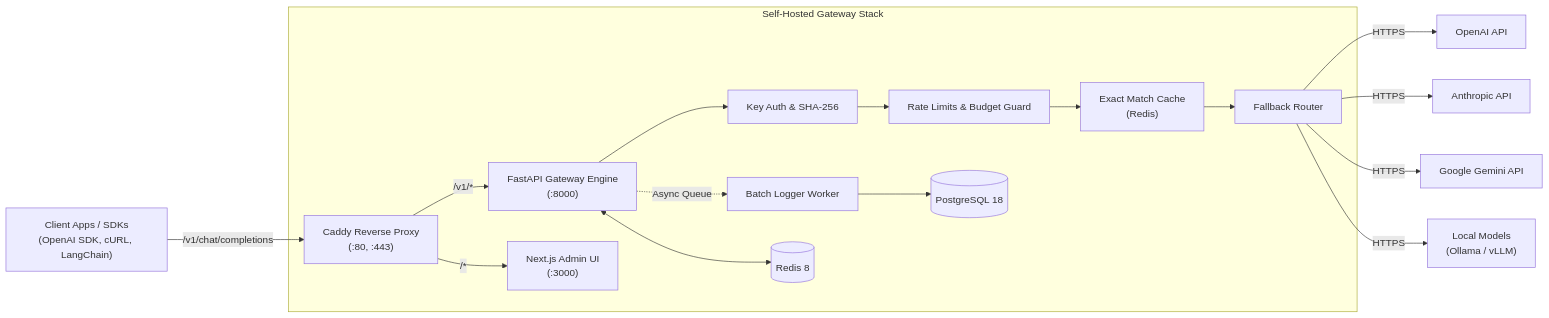
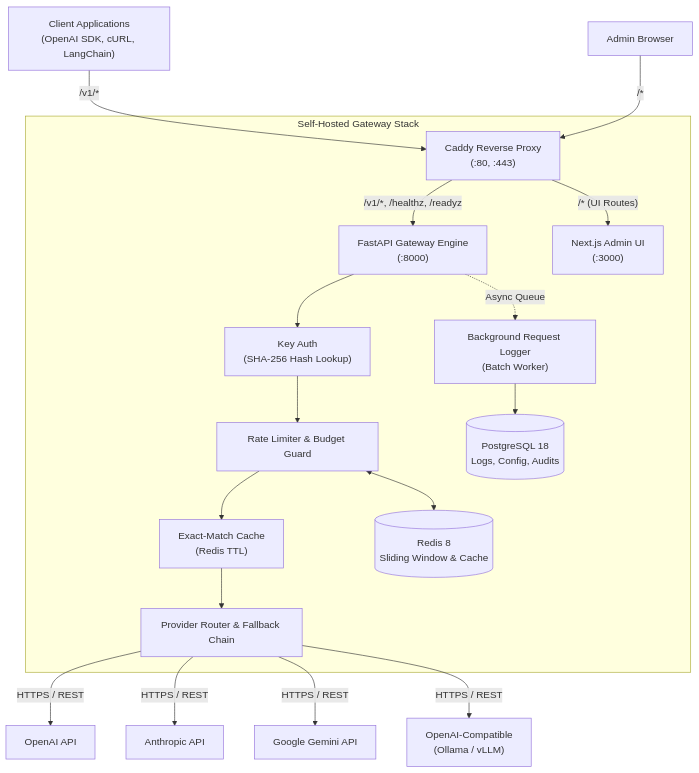
The first of 2 diagrams in README.md (varunahuja70/LLM-Gateway), drawn with Mermaid before and after one commit. The commit also changed other lines of this file, not shown here.

````diff
--- a/README.md
+++ b/README.md
@@ -15,23 +38,24 @@
 ```mermaid
-flowchart LR
-    Client["Client Apps / SDKs<br/>(OpenAI SDK, cURL, LangChain)"] -->|"/v1/chat/completions"| Caddy["Caddy Reverse Proxy<br/>(:80, :443)"]
-    
-    subgraph GatewayStack ["Self-Hosted Gateway Stack"]
-        Caddy -->|"/v1/*"| API["FastAPI Gateway Engine<br/>(:8000)"]
-        Caddy -->|"/*"| Dashboard["Next.js Admin UI<br/>(:3000)"]
-        
-        API --> Auth["Key Auth & SHA-256"]
-        Auth --> Budget["Rate Limits & Budget Guard"]
-        Budget --> Cache["Exact Match Cache<br/>(Redis)"]
-        Cache --> Fallback["Fallback Router"]
-        
-        API -.->|Async Queue| Logger["Batch Logger Worker"]
-        Logger --> PG[("PostgreSQL 18")]
-        API <--> Redis[("Redis 8")]
+flowchart TD
+    Client["Client Applications<br/>(OpenAI SDK, cURL, LangChain)"] -->|"/v1/*"| Caddy["Caddy Reverse Proxy<br/>(:80, :443)"]
+    Admin["Admin Browser"] -->|"/*"| Caddy
+
+    subgraph CoreStack ["Self-Hosted Gateway Stack"]
+        Caddy -->|"/v1/*, /healthz, /readyz"| API["FastAPI Gateway Engine<br/>(:8000)"]
+        Caddy -->|"/* (UI Routes)"| Dashboard["Next.js Admin UI<br/>(:3000)"]
+
+        API --> Auth["Key Auth<br/>(SHA-256 Hash Lookup)"]
+        Auth --> Guard["Rate Limiter & Budget Guard"]
+        Guard --> Cache["Exact-Match Cache<br/>(Redis TTL)"]
+        Cache --> Router["Provider Router & Fallback Chain"]
+
+        API -.->|Async Queue| Logger["Background Request Logger<br/>(Batch Worker)"]
+        Logger --> DB[("PostgreSQL 18<br/>Logs, Config, Audits")]
+        Guard <--> Redis[("Redis 8<br/>Sliding Window & Cache")]
     end
-    
-    Fallback -->|"HTTPS"| OpenAI["OpenAI API"]
-    Fallback -->|"HTTPS"| Anthropic["Anthropic API"]
-    Fallback -->|"HTTPS"| Gemini["Google Gemini API"]
-    Fallback -->|"HTTPS"| Local["Local Models<br/>(Ollama / vLLM)"]
+
+    Router -->|"HTTPS / REST"| OpenAI["OpenAI API"]
+    Router -->|"HTTPS / REST"| Anthropic["Anthropic API"]
+    Router -->|"HTTPS / REST"| Gemini["Google Gemini API"]
+    Router -->|"HTTPS / REST"| Compatible["OpenAI-Compatible<br/>(Ollama / vLLM)"]
 ```
````
